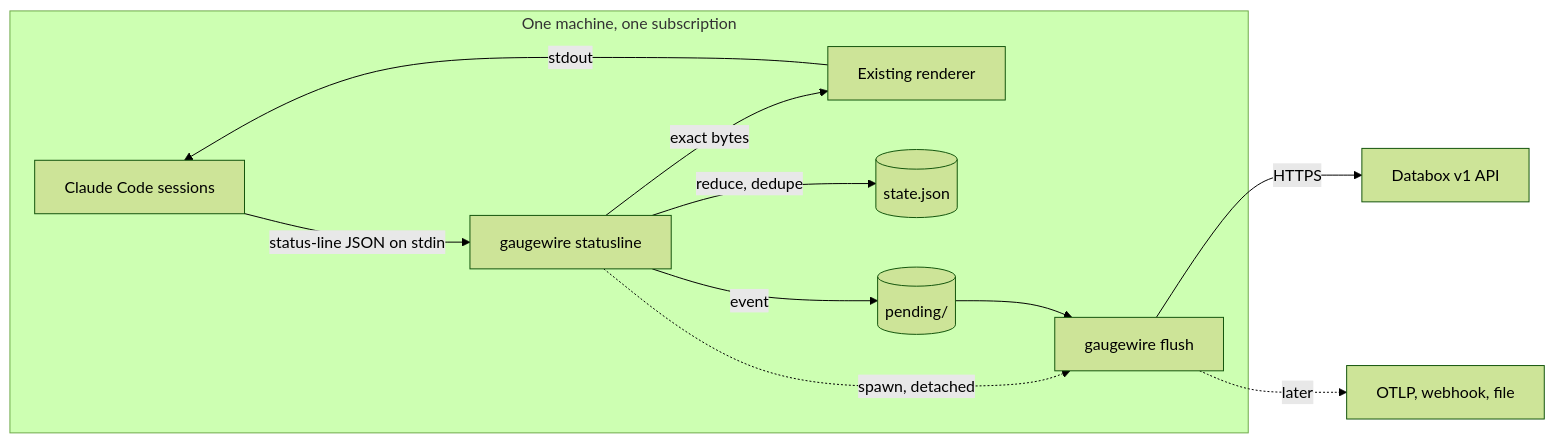
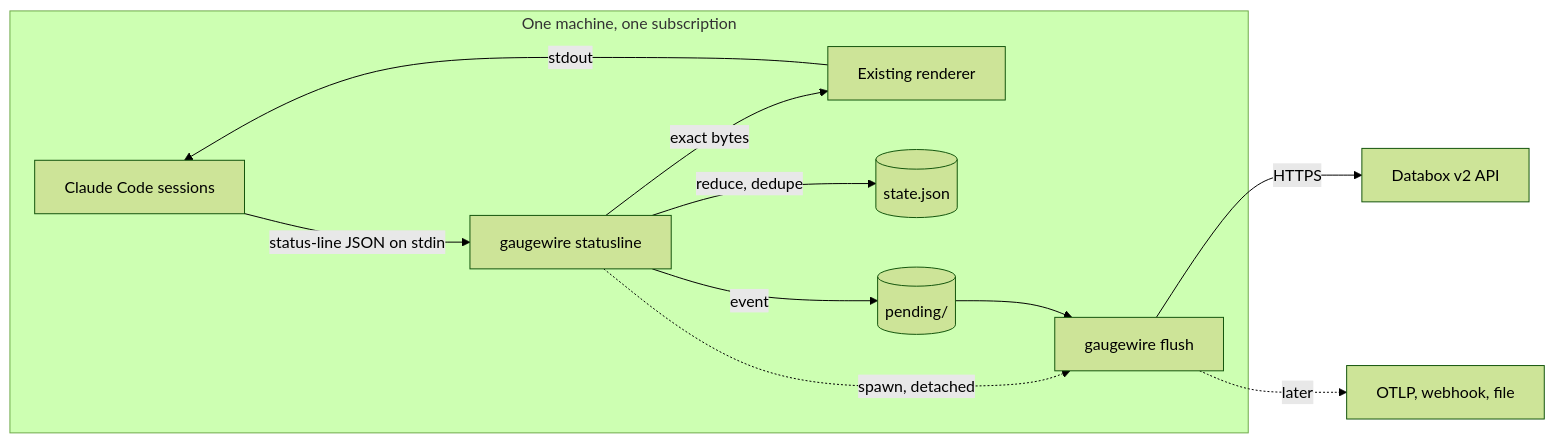
Before and after one commit to sulcer/gaugewire: the diagram in docs/spec/gaugewire/README.md, drawn with Mermaid (forest theme). The commit also changed other lines of this file and 10 other files, not shown here.

Commit message:
docs: record the move of the databox sink to the v2 api

````diff
--- a/docs/spec/gaugewire/README.md
+++ b/docs/spec/gaugewire/README.md
@@ -20,14 +20,14 @@
 ```mermaid
 flowchart LR
     subgraph machine [One machine, one subscription]
         CC[Claude Code sessions] -->|status-line JSON on stdin| GW[gaugewire statusline]
         GW -->|exact bytes| R[Existing renderer]
         R -->|stdout| CC
         GW -->|reduce, dedupe| S[(state.json)]
         GW -->|event| P[(pending/)]
         GW -.->|spawn, detached| F[gaugewire flush]
         P --> F
     end
-    F -->|HTTPS| D[Databox v1 API]
+    F -->|HTTPS| D[Databox v2 API]
     F -.->|later| O[OTLP, webhook, file]
 ```
````
